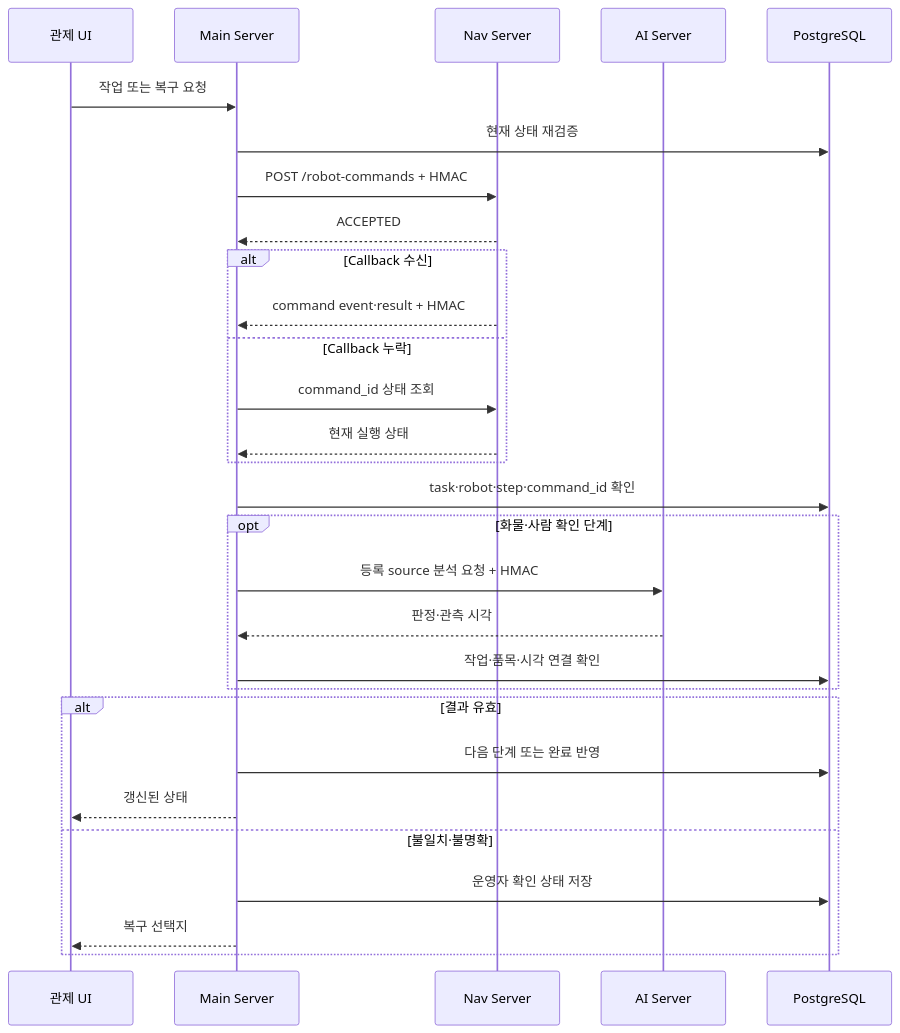
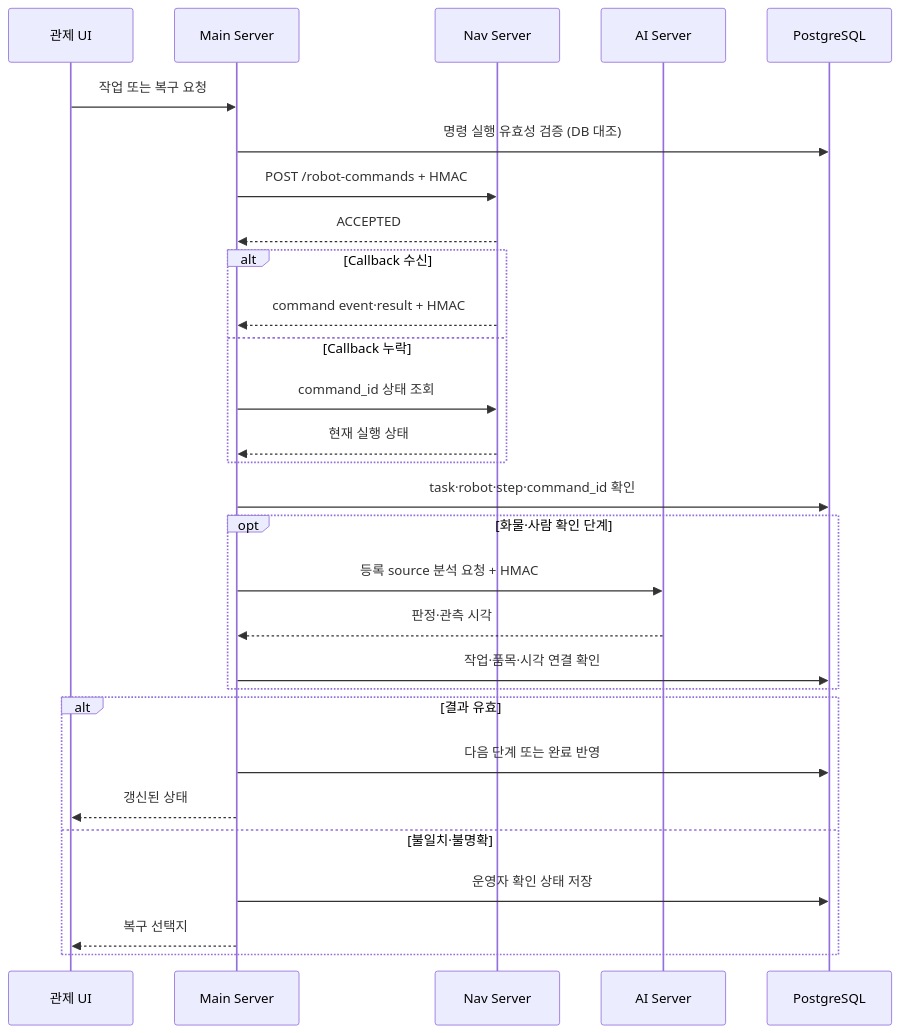
Before and after one commit to eduwing-robotics/ros2-ai-amr-repo3: the second of 2 diagrams in main-server/docs/INTERFACES.md, drawn with Mermaid.

Commit message:
Update validation description in INTERFACES.md

````diff
--- a/main-server/docs/INTERFACES.md
+++ b/main-server/docs/INTERFACES.md
@@ -35,35 +35,35 @@
 ```mermaid
 sequenceDiagram
     participant UI as 관제 UI
     participant Main as Main Server
     participant Nav as Nav Server
     participant AI as AI Server
     participant DB as PostgreSQL
 
     UI->>Main: 작업 또는 복구 요청
-    Main->>DB: 현재 상태 재검증
+    Main->>DB: 명령 실행 유효성 검증 (DB 대조)
     Main->>Nav: POST /robot-commands + HMAC
     Nav-->>Main: ACCEPTED
 
     alt Callback 수신
         Nav-->>Main: command event·result + HMAC
     else Callback 누락
         Main->>Nav: command_id 상태 조회
         Nav-->>Main: 현재 실행 상태
     end
 
     Main->>DB: task·robot·step·command_id 확인
     opt 화물·사람 확인 단계
         Main->>AI: 등록 source 분석 요청 + HMAC
         AI-->>Main: 판정·관측 시각
         Main->>DB: 작업·품목·시각 연결 확인
     end
 
     alt 결과 유효
         Main->>DB: 다음 단계 또는 완료 반영
         Main-->>UI: 갱신된 상태
     else 불일치·불명확
         Main->>DB: 운영자 확인 상태 저장
         Main-->>UI: 복구 선택지
     end
 ```
````
